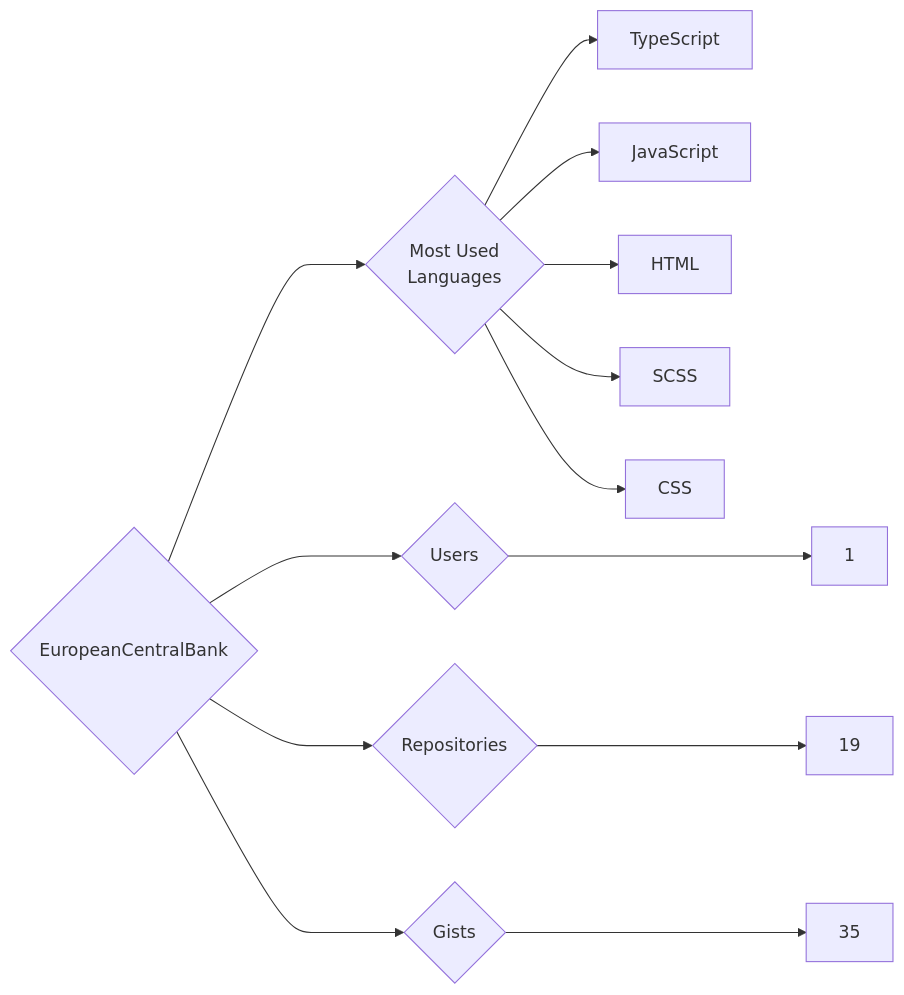
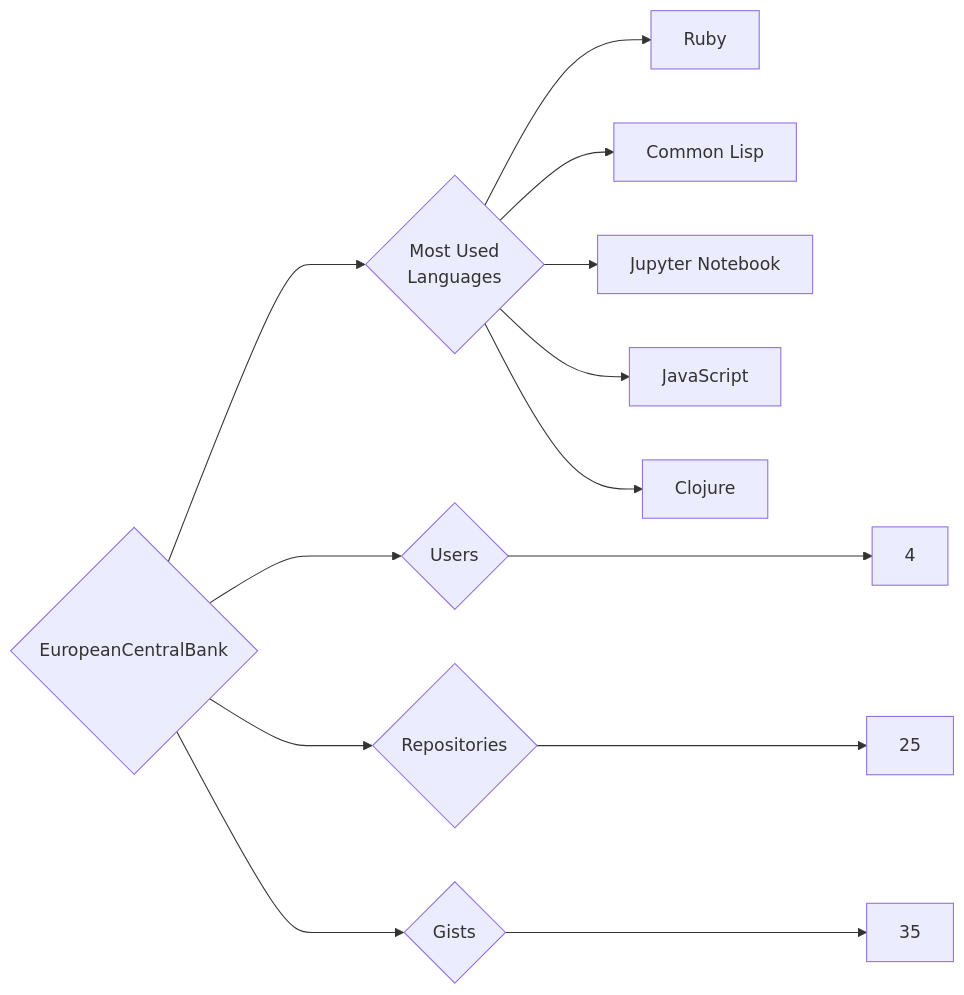
The diagram in targets/EuropeanCentralBank/README.md (trickest/insiders), drawn with Mermaid before and after one commit. The commit also changed 857 other files, not shown here.

````diff
--- a/targets/EuropeanCentralBank/README.md
+++ b/targets/EuropeanCentralBank/README.md
@@ -3,13 +3,13 @@
 ```mermaid
 graph LR
 COMPANY_NAME{EuropeanCentralBank}
-COMPANY_NAME ---> U{Users} ---> UN[1]
-COMPANY_NAME ---> R{Repositories} ---> RN[19]
+COMPANY_NAME ---> U{Users} ---> UN[4]
+COMPANY_NAME ---> R{Repositories} ---> RN[25]
 COMPANY_NAME ---> G{Gists} ---> GN[35]
 COMPANY_NAME ---> ML{Most Used<br>Languages}
-ML --> TypeScript[TypeScript]
+ML --> Ruby[Ruby]
+ML --> Common_Lisp[Common Lisp]
+ML --> Jupyter_Notebook[Jupyter Notebook]
 ML --> JavaScript[JavaScript]
-ML --> HTML[HTML]
-ML --> SCSS[SCSS]
-ML --> CSS[CSS]
+ML --> Clojure[Clojure]
 ```
````
